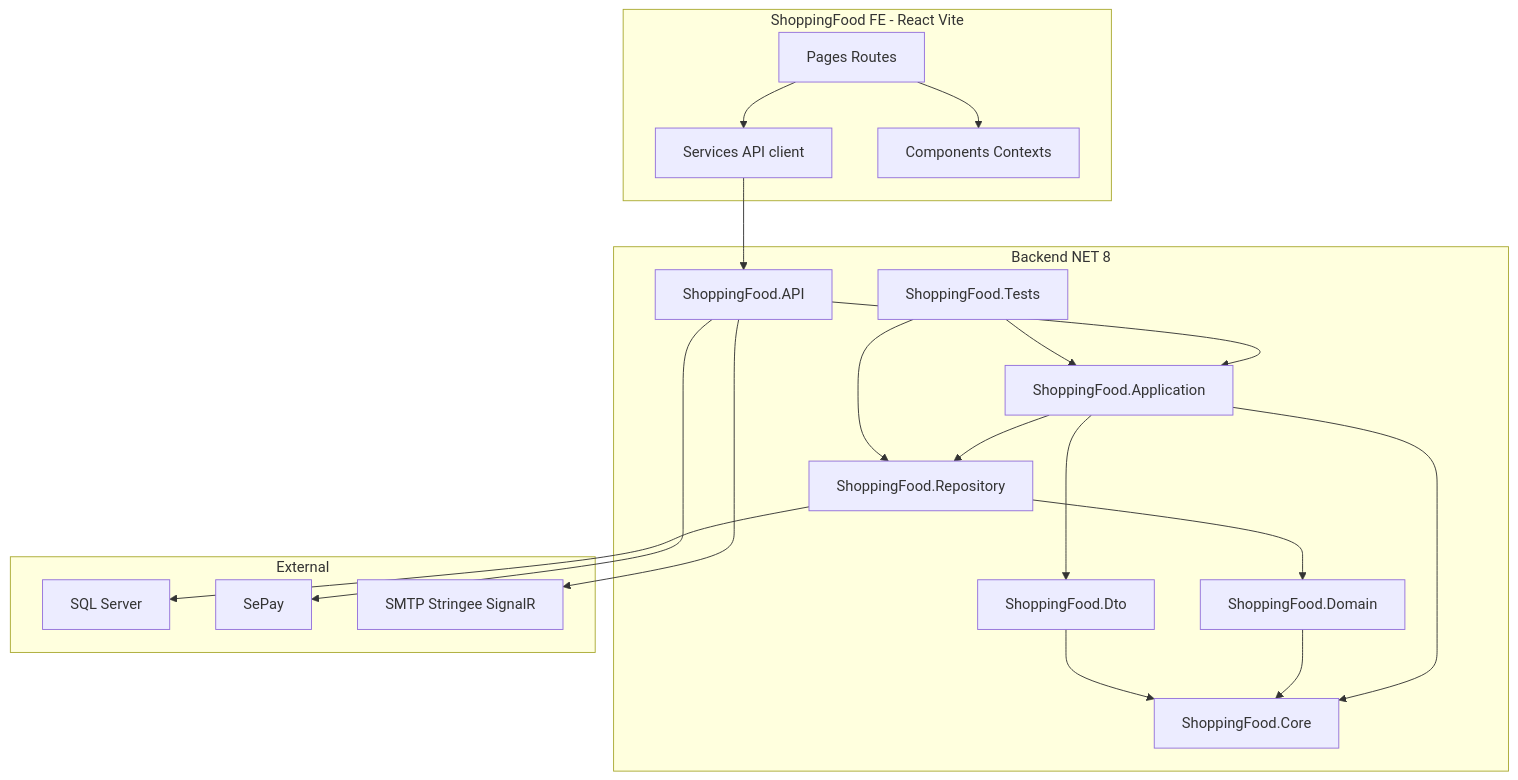
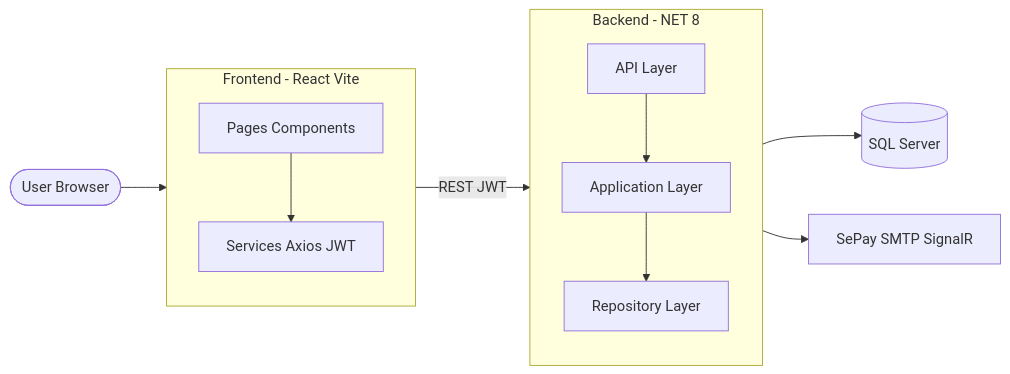
The first of 3 diagrams in packagediagram.md (hieunh2xx/Shopping-Food), drawn with Mermaid before and after one commit. The commit also changed other lines of this file, not shown here.

````diff
--- a/packagediagram.md
+++ b/packagediagram.md
@@ -11,40 +11,28 @@
 ```mermaid
-flowchart TB
-    subgraph FE [ShoppingFood FE - React Vite]
-        FE_Pages[Pages Routes]
-        FE_Services[Services API client]
-        FE_Components[Components Contexts]
+flowchart LR
+    User([User Browser])
+
+    subgraph FE [Frontend - React Vite]
+        direction TB
+        UI[Pages Components]
+        API_Client[Services Axios JWT]
     end
 
-    subgraph BE [Backend NET 8]
-        BE_API[ShoppingFood.API]
-        BE_App[ShoppingFood.Application]
-        BE_Repo[ShoppingFood.Repository]
-        BE_Domain[ShoppingFood.Domain]
-        BE_Dto[ShoppingFood.Dto]
-        BE_Core[ShoppingFood.Core]
-        BE_Tests[ShoppingFood.Tests]
+    subgraph BE [Backend - NET 8]
+        direction TB
+        API[API Layer]
+        APP[Application Layer]
+        REPO[Repository Layer]
     end
 
-    subgraph EXT [External]
-        EXT_SQL[SQL Server]
-        EXT_Sepay[SePay]
-        EXT_Other[SMTP Stringee SignalR]
-    end
+    DB[(SQL Server)]
+    EXT[SePay SMTP SignalR]
 
-    FE_Pages --> FE_Services
-    FE_Pages --> FE_Components
-    FE_Services --> BE_API
-    BE_API --> BE_App
-    BE_App --> BE_Repo
-    BE_Repo --> EXT_SQL
-    BE_API --> EXT_Sepay
-    BE_API --> EXT_Other
-    BE_App --> BE_Dto
-    BE_App --> BE_Core
-    BE_Repo --> BE_Domain
-    BE_Domain --> BE_Core
-    BE_Dto --> BE_Core
-    BE_Tests --> BE_App
-    BE_Tests --> BE_Repo
+    User --> UI
+    UI --> API_Client
+    API_Client -->|REST JWT| API
+    API --> APP
+    APP --> REPO
+    REPO --> DB
+    API --> EXT
 ```
````
